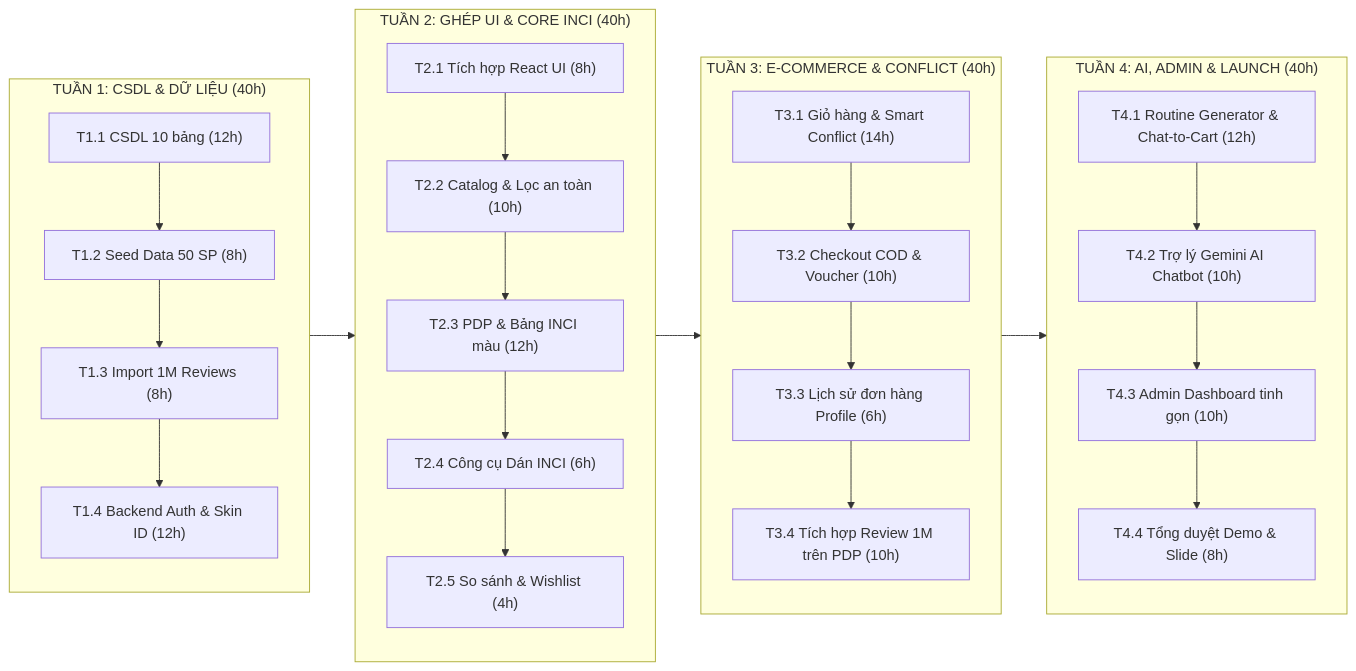
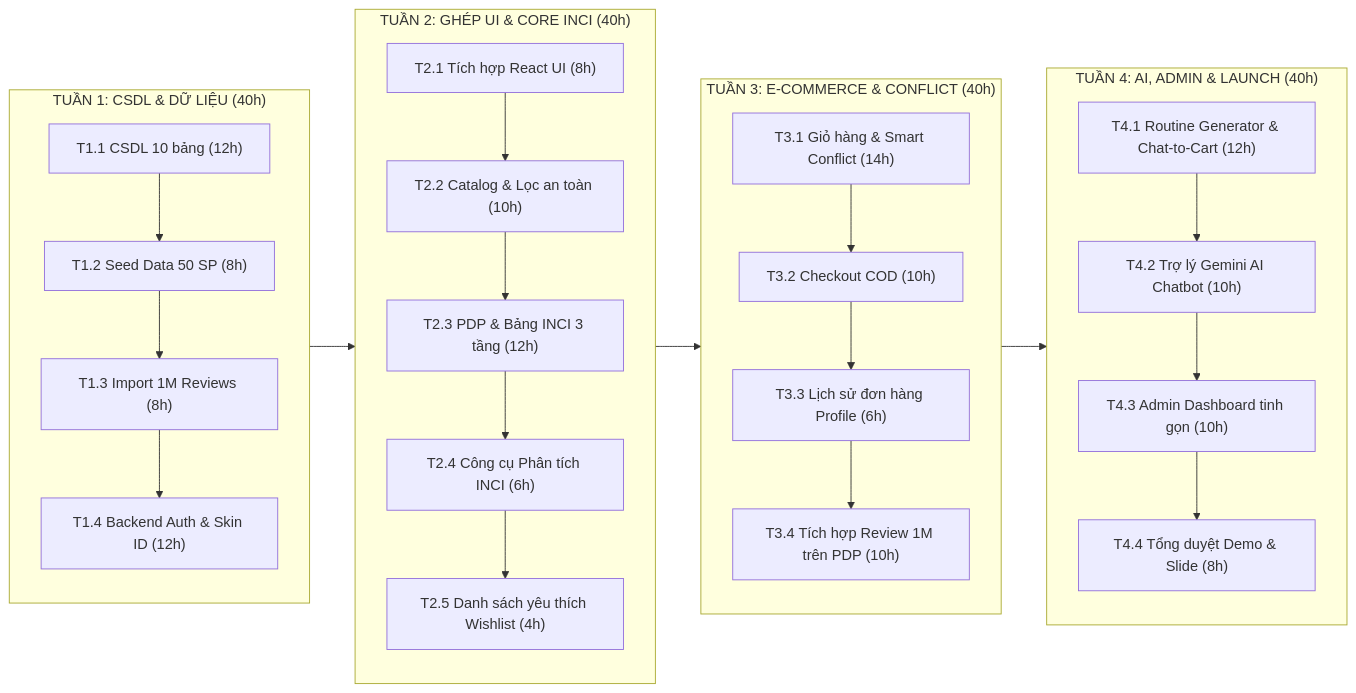
The diagram in docs/_plans/beauty_ai_plan_phase_1.md (keplertuyen/beauty_ai), drawn with Mermaid before and after one commit. The commit also changed other lines of this file and 442 other files, not shown here.

First line of the commit message:
feat: implement order checkout flow and standardize local product imagery

````diff
--- a/docs/_plans/beauty_ai_plan_phase_1.md
+++ b/docs/_plans/beauty_ai_plan_phase_1.md
@@ -49,29 +49,29 @@
 ```mermaid
 flowchart LR
     subgraph W1["TUẦN 1: CSDL & DỮ LIỆU (40h)"]
         T11["T1.1 CSDL 10 bảng (12h)"] --> T12["T1.2 Seed Data 50 SP (8h)"]
         T12 --> T13["T1.3 Import 1M Reviews (8h)"]
         T13 --> T14["T1.4 Backend Auth & Skin ID (12h)"]
     end
 
     subgraph W2["TUẦN 2: GHÉP UI & CORE INCI (40h)"]
         T21["T2.1 Tích hợp React UI (8h)"] --> T22["T2.2 Catalog & Lọc an toàn (10h)"]
-        T22 --> T23["T2.3 PDP & Bảng INCI màu (12h)"]
-        T23 --> T24["T2.4 Công cụ Dán INCI (6h)"]
-        T24 --> T25["T2.5 So sánh & Wishlist (4h)"]
+        T22 --> T23["T2.3 PDP & Bảng INCI 3 tầng (12h)"]
+        T23 --> T24["T2.4 Công cụ Phân tích INCI (6h)"]
+        T24 --> T25["T2.5 Danh sách yêu thích Wishlist (4h)"]
     end
 
     subgraph W3["TUẦN 3: E-COMMERCE & CONFLICT (40h)"]
-        T31["T3.1 Giỏ hàng & Smart Conflict (14h)"] --> T32["T3.2 Checkout COD & Voucher (10h)"]
+        T31["T3.1 Giỏ hàng & Smart Conflict (14h)"] --> T32["T3.2 Checkout COD (10h)"]
         T32 --> T33["T3.3 Lịch sử đơn hàng Profile (6h)"]
         T33 --> T34["T3.4 Tích hợp Review 1M trên PDP (10h)"]
     end
 
     subgraph W4["TUẦN 4: AI, ADMIN & LAUNCH (40h)"]
         T41["T4.1 Routine Generator & Chat-to-Cart (12h)"] --> T42["T4.2 Trợ lý Gemini AI Chatbot (10h)"]
         T42 --> T43["T4.3 Admin Dashboard tinh gọn (10h)"]
         T43 --> T44["T4.4 Tổng duyệt Demo & Slide (8h)"]
     end
 
     W1 --> W2 --> W3 --> W4
 ```
````
